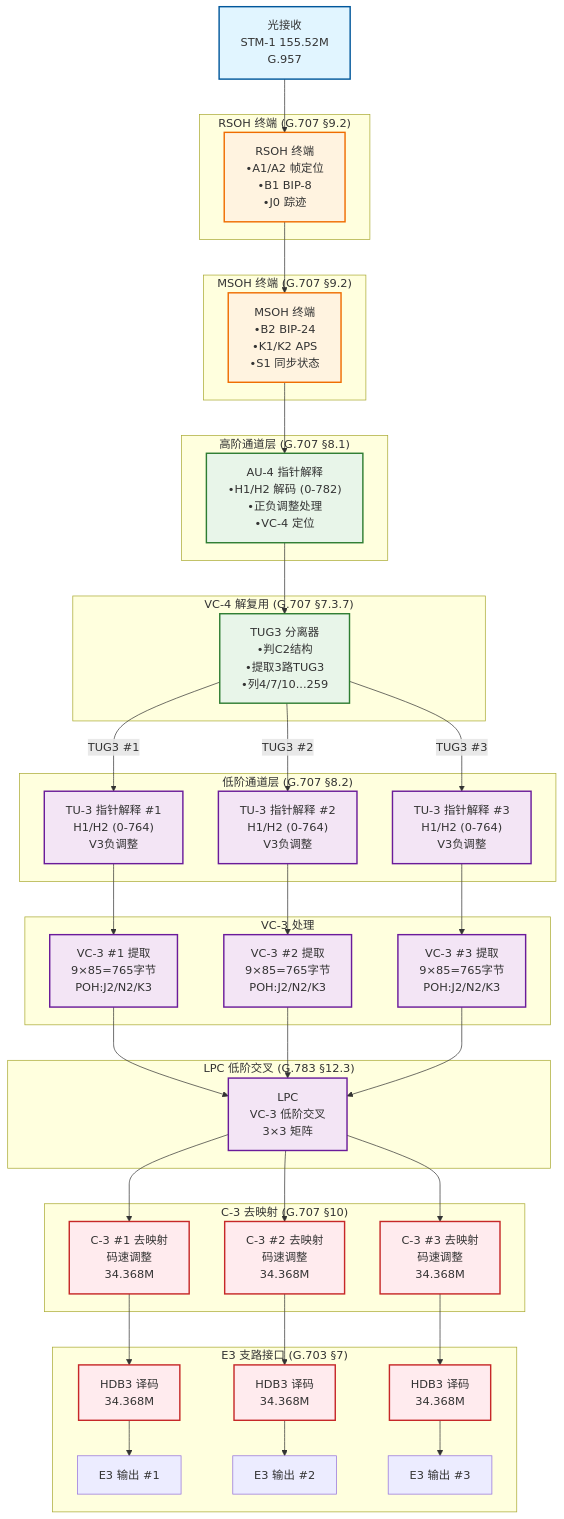
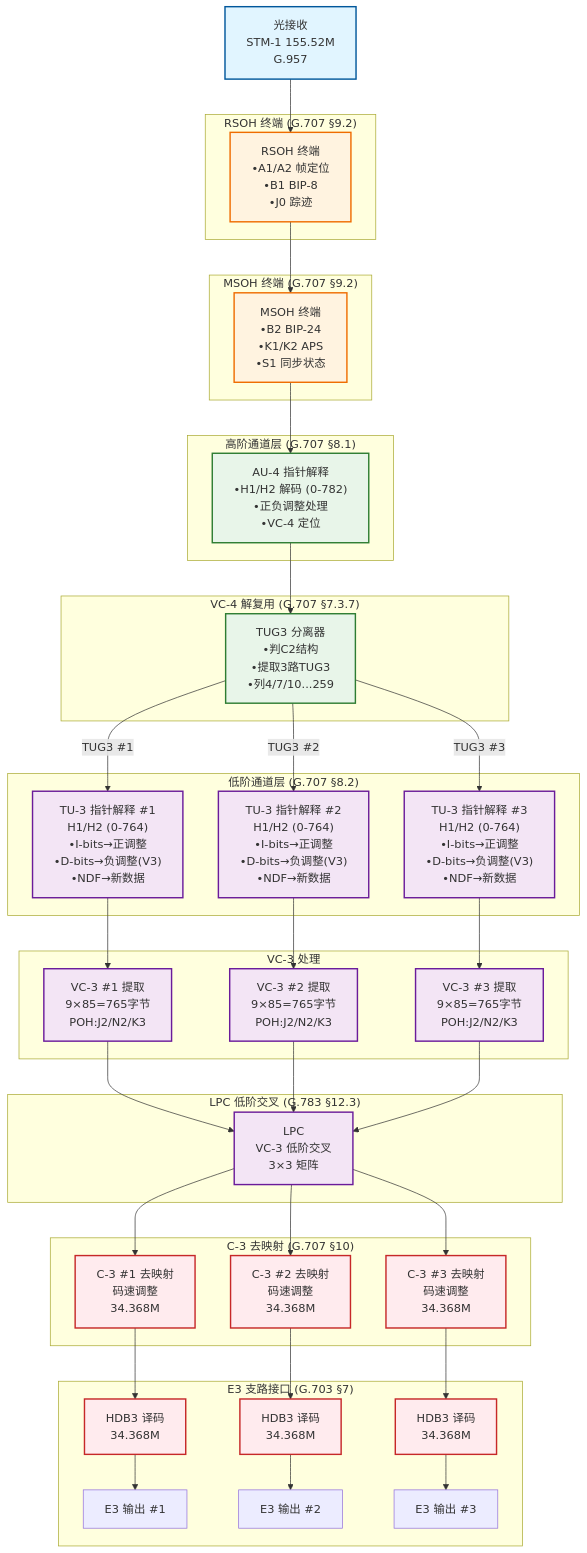
One commit to i-daydayup/optical_transport changed the first of 4 diagrams in docs/SDH_VC3_Bidirectional_Dataflow.md. Above: the diagram before and after it, drawn with Mermaid. The commit also changed other lines of this file and 2 other files, not shown here.

```diff
--- a/docs/SDH_VC3_Bidirectional_Dataflow.md
+++ b/docs/SDH_VC3_Bidirectional_Dataflow.md
@@ -26,82 +29,82 @@
     classDef ho fill:#e8f5e9,stroke:#2e7d32,stroke-width:2px
     classDef lo fill:#f3e5f5,stroke:#6a1b9a,stroke-width:2px
     classDef trib fill:#ffebee,stroke:#c62828,stroke-width:2px
-
+    
     %% 物理层
     OPT_RX["光接收<br/>STM-1 155.52M<br/>G.957"]:::phy --> RSOH
-
+    
     %% 段开销层 - RSOH
     subgraph RSOH_GRP ["RSOH 终端 (G.707 §9.2)"]
         RSOH["RSOH 终端<br/>•A1/A2 帧定位<br/>•B1 BIP-8<br/>•J0 踪迹"]:::soh
     end
-
+    
     RSOH --> MSOH
-
+    
     %% 段开销层 - MSOH
     subgraph MSOH_GRP ["MSOH 终端 (G.707 §9.2)"]
         MSOH["MSOH 终端<br/>•B2 BIP-24<br/>•K1/K2 APS<br/>•S1 同步状态"]:::soh
     end
-
+    
     MSOH --> AU4_PTR
-
+    
     %% 高阶通道层
     subgraph HO_GRP ["高阶通道层 (G.707 §8.1)"]
         AU4_PTR["AU-4 指针解释<br/>•H1/H2 解码 (0-782)<br/>•正负调整处理<br/>•VC-4 定位"]:::ho
     end
-
+    
     AU4_PTR --> TUG3_DEMUX
-
+    
     %% VC-4 解复用
     subgraph DEMUX_GRP ["VC-4 解复用 (G.707 §7.3.7)"]
         TUG3_DEMUX["TUG3 分离器<br/>•判C2结构<br/>•提取3路TUG3<br/>•列4/7/10...259"]:::ho
     end
-
+    
     TUG3_DEMUX -->|"TUG3 #1"| TU3_PTR1
     TUG3_DEMUX -->|"TUG3 #2"| TU3_PTR2
     TUG3_DEMUX -->|"TUG3 #3"| TU3_PTR3
-
-    %% 低阶通道层 - TU3 指针
+    
+    %% 低阶通道层 - TU3 指针（修正版）
     subgraph LO_PTR ["低阶通道层 (G.707 §8.2)"]
-        TU3_PTR1["TU-3 指针解释 #1<br/>H1/H2 (0-764)<br/>V3负调整"]:::lo
-        TU3_PTR2["TU-3 指针解释 #2<br/>H1/H2 (0-764)<br/>V3负调整"]:::lo
-        TU3_PTR3["TU-3 指针解释 #3<br/>H1/H2 (0-764)<br/>V3负调整"]:::lo
+        TU3_PTR1["TU-3 指针解释 #1<br/>H1/H2 (0-764)<br/>•I-bits→正调整<br/>•D-bits→负调整(V3)<br/>•NDF→新数据"]:::lo
+        TU3_PTR2["TU-3 指针解释 #2<br/>H1/H2 (0-764)<br/>•I-bits→正调整<br/>•D-bits→负调整(V3)<br/>•NDF→新数据"]:::lo
+        TU3_PTR3["TU-3 指针解释 #3<br/>H1/H2 (0-764)<br/>•I-bits→正调整<br/>•D-bits→负调整(V3)<br/>•NDF→新数据"]:::lo
     end
-
+    
     TU3_PTR1 --> VC3_1
     TU3_PTR2 --> VC3_2
     TU3_PTR3 --> VC3_3
-
+    
     %% VC-3 提取
     subgraph VC3_GRP ["VC-3 处理"]
         VC3_1["VC-3 #1 提取<br/>9×85=765字节<br/>POH:J2/N2/K3"]:::lo
         VC3_2["VC-3 #2 提取<br/>9×85=765字节<br/>POH:J2/N2/K3"]:::lo
         VC3_3["VC-3 #3 提取<br/>9×85=765字节<br/>POH:J2/N2/K3"]:::lo
     end
-
+    
     VC3_1 --> LPC
     VC3_2 --> LPC
     VC3_3 --> LPC
-
+    
     %% LPC 交叉
     subgraph LPC_GRP ["LPC 低阶交叉 (G.783 §12.3)"]
         LPC["LPC<br/>VC-3 低阶交叉<br/>3×3 矩阵"]:::lo
     end
-
+    
     LPC --> C3_DEMUX1
     LPC --> C3_DEMUX2
     LPC --> C3_DEMUX3
-
+    
     %% C-3 去映射
     subgraph C3_GRP ["C-3 去映射 (G.707 §10)"]
         C3_DEMUX1["C-3 #1 去映射<br/>码速调整<br/>34.368M"]:::trib
         C3_DEMUX2["C-3 #2 去映射<br/>码速调整<br/>34.368M"]:::trib
         C3_DEMUX3["C-3 #3 去映射<br/>码速调整<br/>34.368M"]:::trib
     end
-
+    
     C3_DEMUX1 --> HDB3_DEC1
     C3_DEMUX2 --> HDB3_DEC2
     C3_DEMUX3 --> HDB3_DEC3
-
+    
     %% E3 接口
     subgraph E3_GRP ["E3 支路接口 (G.703 §7)"]
         HDB3_DEC1["HDB3 译码<br/>34.368M"]:::trib --> E3_1["E3 输出 #1"]
```
